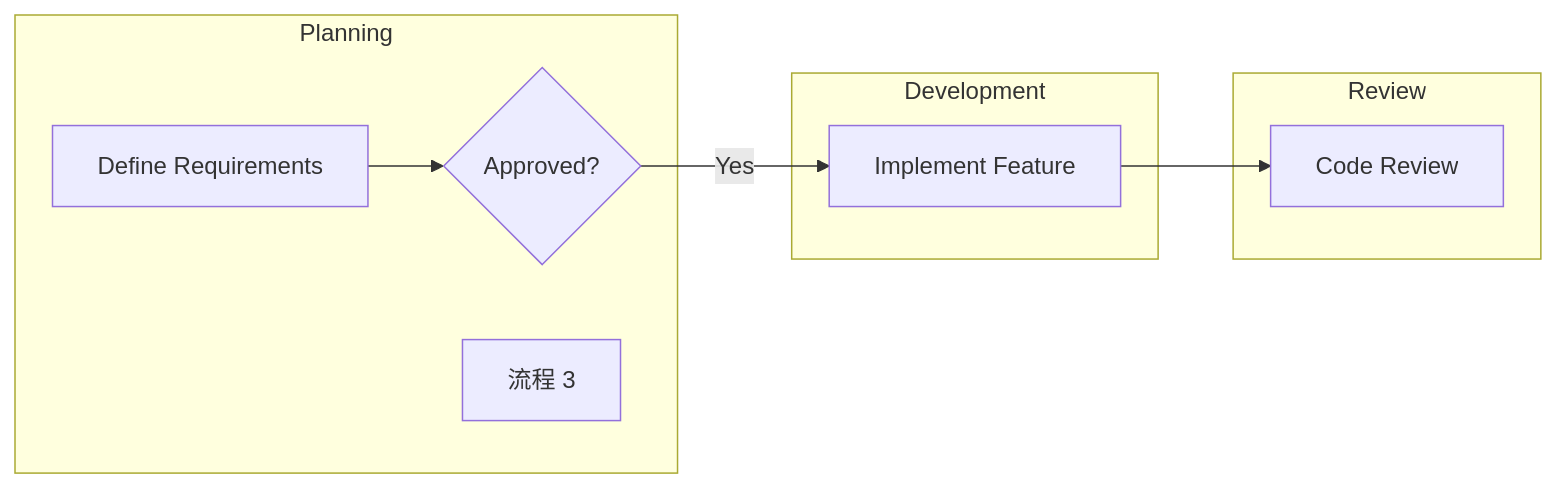
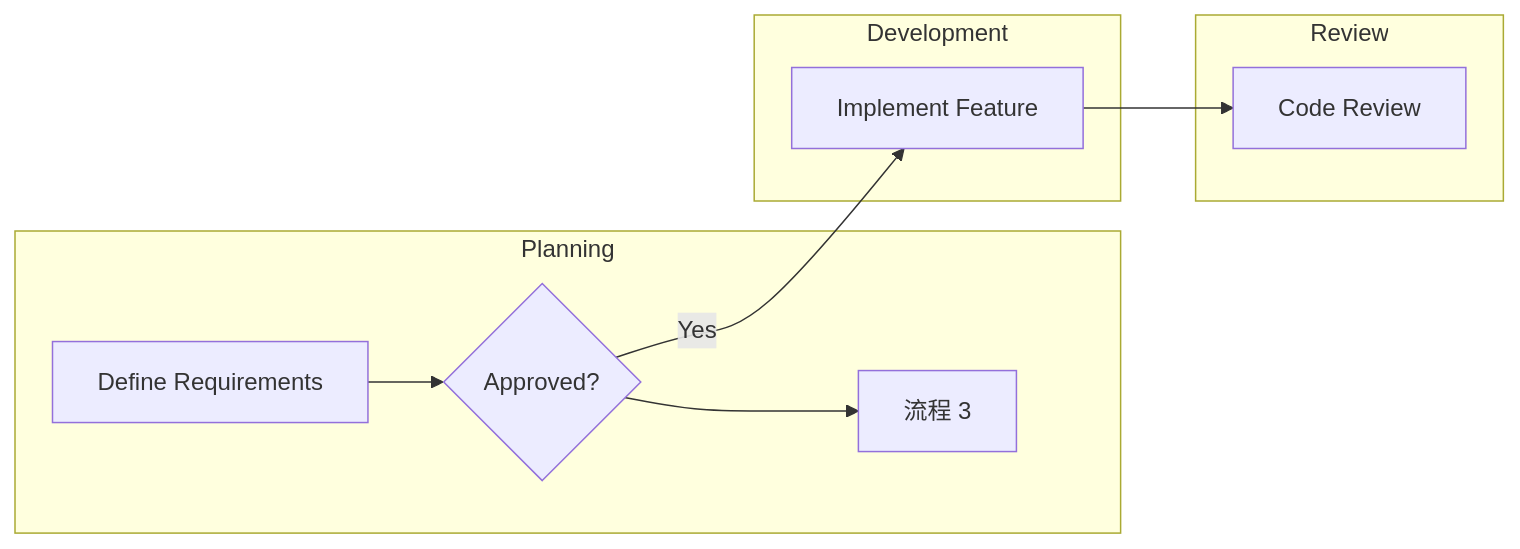
Before and after one commit to pingpm/mermaid_vault: the diagram in mmd/123_b43a13b5-62f2-40f7-9953-98e98a4a432b.mmd, drawn with Mermaid. The commit also changed 2 other files, not shown here.

Commit message:
Sync Mermaid Studio data (11 diagrams)

```diff
--- a/mmd/123_b43a13b5-62f2-40f7-9953-98e98a4a432b.mmd
+++ b/mmd/123_b43a13b5-62f2-40f7-9953-98e98a4a432b.mmd
@@ -1,15 +1,16 @@
 graph LR
   subgraph lane_lane_1["Planning"]
     t_task_2{"Approved?"}
     t_task_1["Define Requirements"]
     t_3d4d3c03_8ba1_4aec_83b1_1abf996d96d6["流程 3"]
   end
   subgraph lane_lane_2["Development"]
     t_task_3["Implement Feature"]
   end
   subgraph lane_lane_3["Review"]
     t_task_4["Code Review"]
   end
   t_task_1 --> t_task_2
   t_task_2 -->|"Yes"| t_task_3
   t_task_3 --> t_task_4
+  t_task_2 --> t_3d4d3c03_8ba1_4aec_83b1_1abf996d96d6
```
